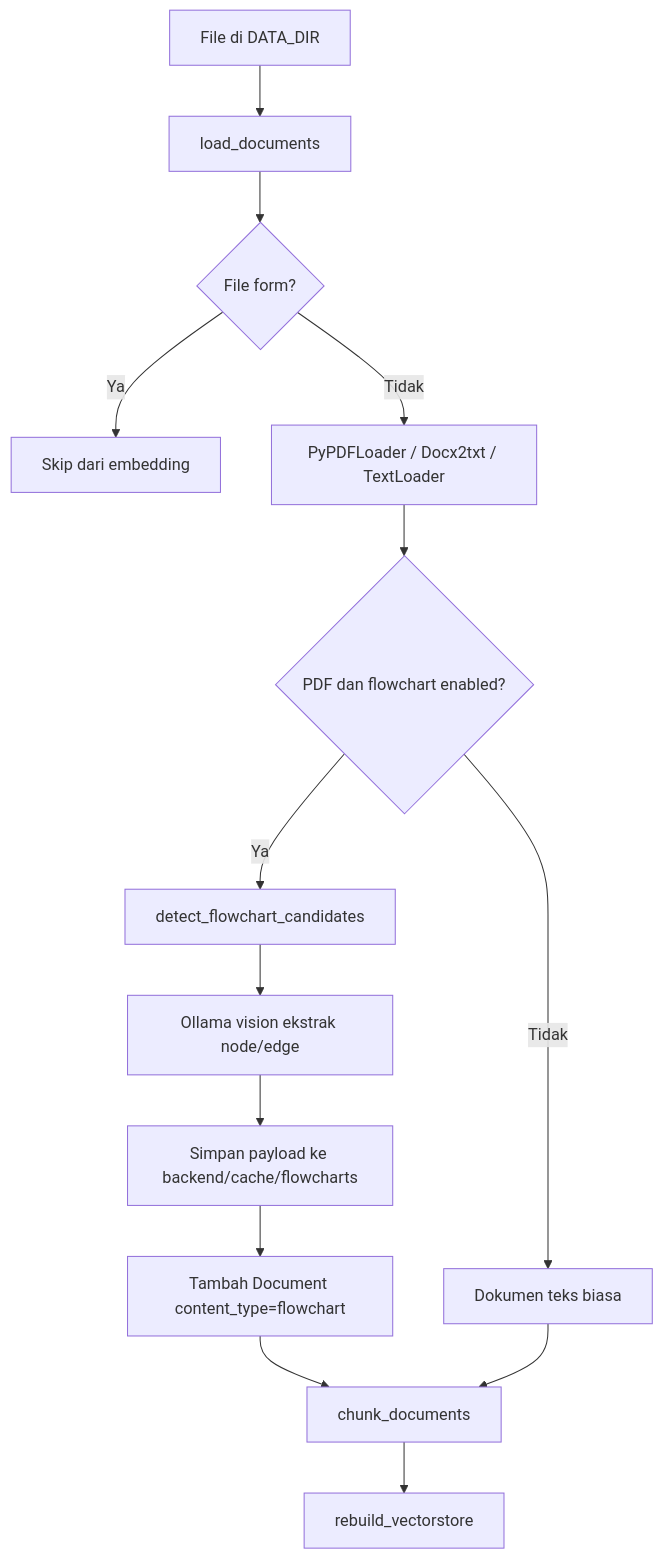
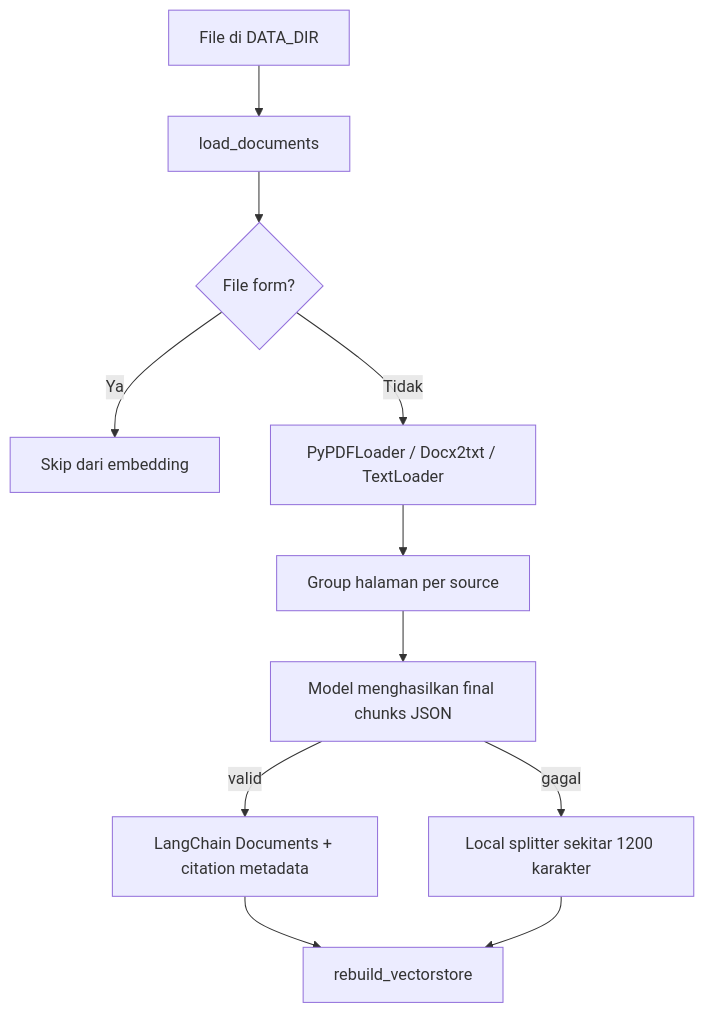
One commit to Akram17t/Internship changed the fourth of 5 diagrams in Capstone/docs/SYSTEM_FLOWS.md. Above: the diagram before and after it, drawn with Mermaid. The commit also changed other lines of this file and 23 other files, not shown here.

````diff
--- a/Capstone/docs/SYSTEM_FLOWS.md
+++ b/Capstone/docs/SYSTEM_FLOWS.md
@@ -84,16 +84,13 @@
 ```mermaid
 flowchart TD
   A[File di DATA_DIR] --> B[load_documents]
   B --> C{File form?}
   C -->|Ya| D[Skip dari embedding]
   C -->|Tidak| E[PyPDFLoader / Docx2txt / TextLoader]
-  E --> F{PDF dan flowchart enabled?}
-  F -->|Ya| G[detect_flowchart_candidates]
-  G --> H[Ollama vision ekstrak node/edge]
-  H --> I[Simpan payload ke backend/cache/flowcharts]
-  I --> J[Tambah Document content_type=flowchart]
-  F -->|Tidak| K[Dokumen teks biasa]
-  J --> L[chunk_documents]
-  K --> L
-  L --> M[rebuild_vectorstore]
+  E --> F[Group halaman per source]
+  F --> G[Model menghasilkan final chunks JSON]
+  G -->|valid| H[LangChain Documents + citation metadata]
+  G -->|gagal| I[Local splitter sekitar 1200 karakter]
+  H --> J[rebuild_vectorstore]
+  I --> J
 ```
````
